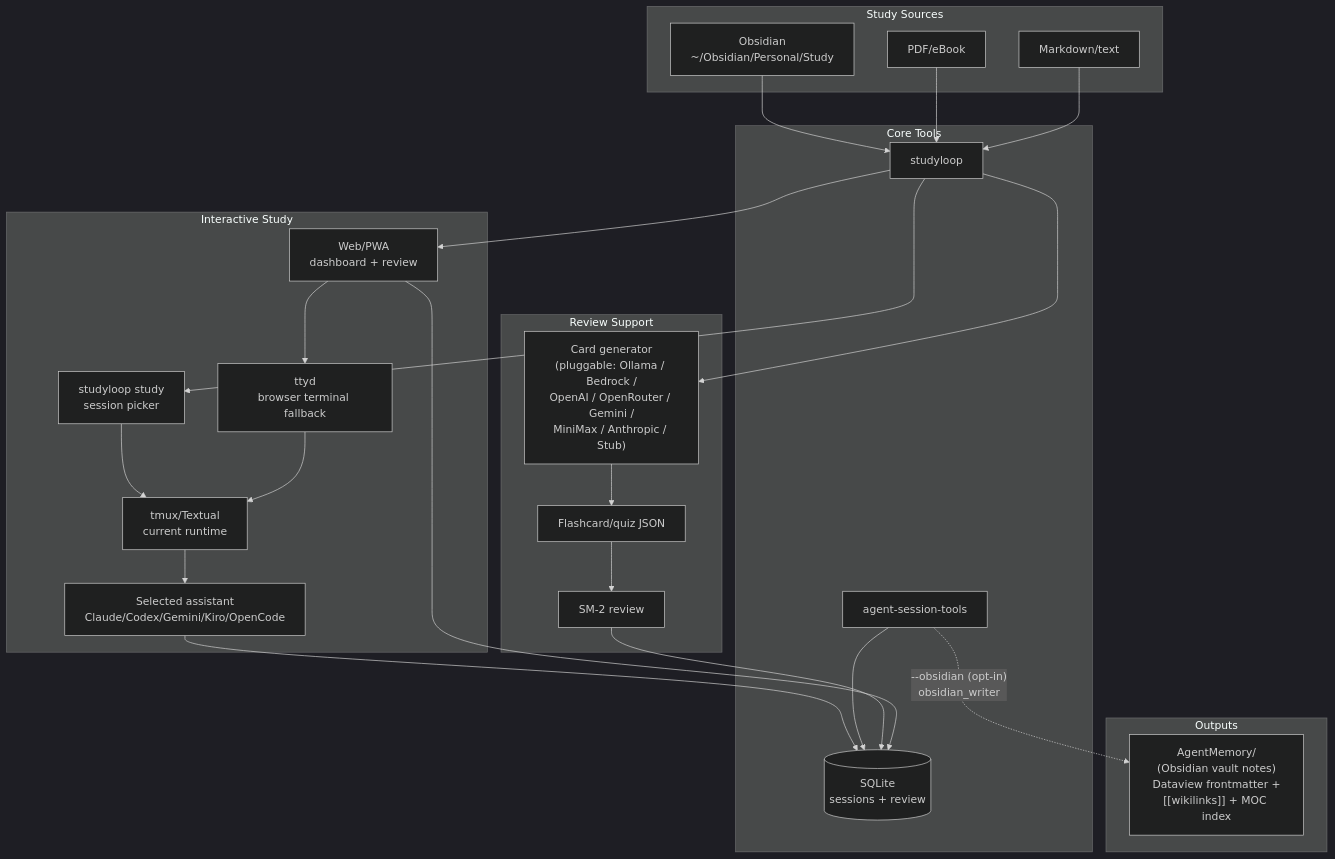
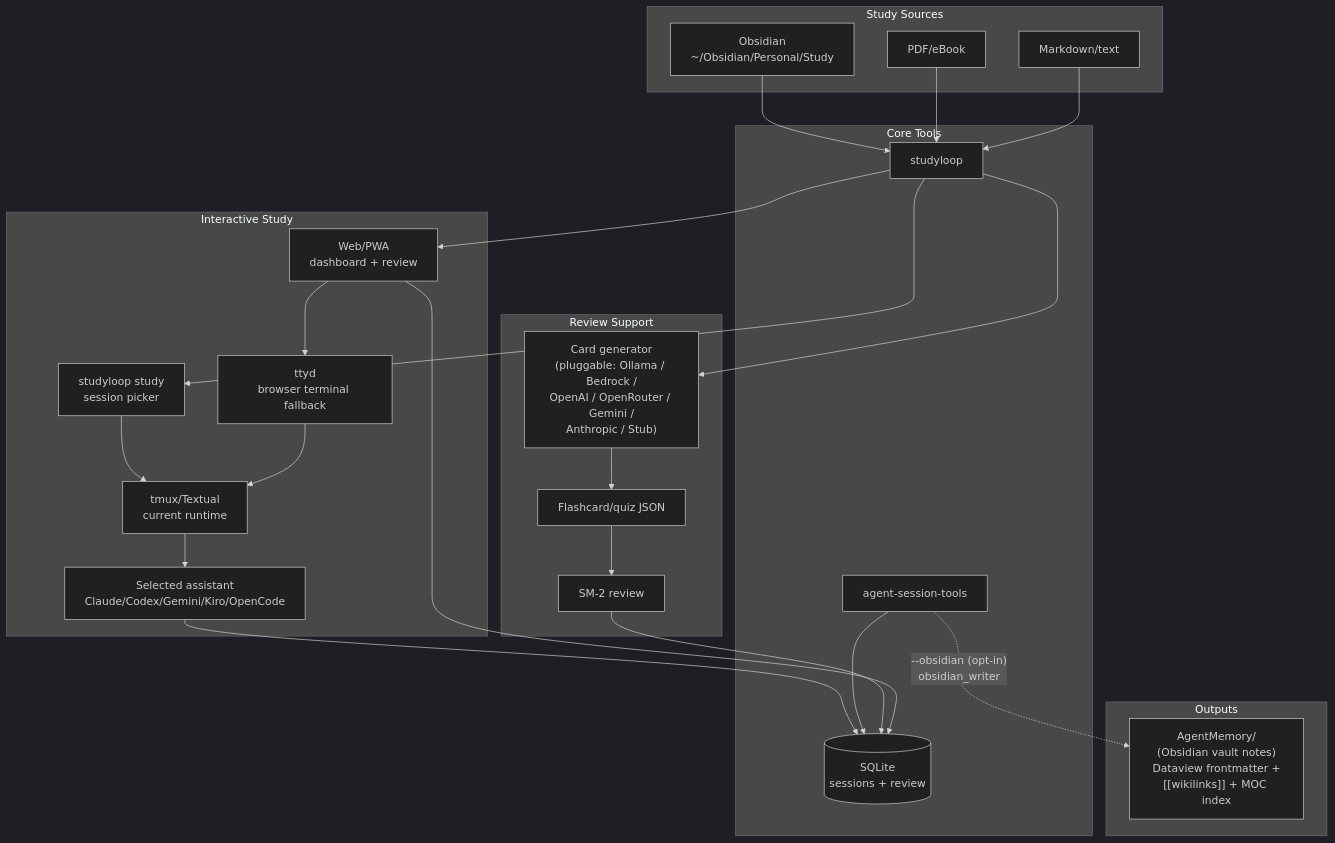
Before and after one commit to NetDevAutomate/StudyLoop: the first of 4 diagrams in docs/system-overview.md, drawn with Mermaid (dark theme). The commit also changed other lines of this file and 17 other files, not shown here.

````diff
--- a/docs/system-overview.md
+++ b/docs/system-overview.md
@@ -14,50 +14,50 @@
 ```mermaid
 flowchart TB
     subgraph "Study Sources"
         Obsidian["Obsidian<br/>~/Obsidian/Personal/Study"]
         PDF["PDF/eBook"]
         Text["Markdown/text"]
     end
 
     subgraph "Core Tools"
         Studyctl["studyloop"]
         AST["agent-session-tools"]
         DB[("SQLite<br/>sessions + review")]
     end
 
     subgraph "Interactive Study"
         Picker["studyloop study<br/>session picker"]
         Agent["Selected assistant<br/>Claude/Codex/Gemini/Kiro/OpenCode"]
         Tmux["tmux/Textual<br/>current runtime"]
         Web["Web/PWA<br/>dashboard + review"]
         TTYD["ttyd<br/>browser terminal fallback"]
     end
 
     subgraph "Review Support"
-        Generator["Card generator<br/>(pluggable: Ollama / Bedrock /<br/>OpenAI / OpenRouter / Gemini /<br/>MiniMax / Anthropic / Stub)"]
+        Generator["Card generator<br/>(pluggable: Ollama / Bedrock /<br/>OpenAI / OpenRouter / Gemini /<br/>Anthropic / Stub)"]
         JSON["Flashcard/quiz JSON"]
         Review["SM-2 review"]
     end
 
     subgraph "Outputs"
         AgentMemory["AgentMemory/<br/>(Obsidian vault notes)<br/>Dataview frontmatter +<br/>[[wikilinks]] + MOC index"]
     end
 
     Obsidian --> Studyctl
     PDF --> Studyctl
     Text --> Studyctl
     Studyctl --> Picker
     Picker --> Tmux
     Tmux --> Agent
     Studyctl --> Web
     Web --> TTYD
     TTYD --> Tmux
     Agent --> DB
     AST --> DB
     AST -.->|"--obsidian (opt-in)<br/>obsidian_writer"| AgentMemory
     Studyctl --> Generator
     Generator --> JSON
     JSON --> Review
     Review --> DB
     Web --> DB
 ```
````
